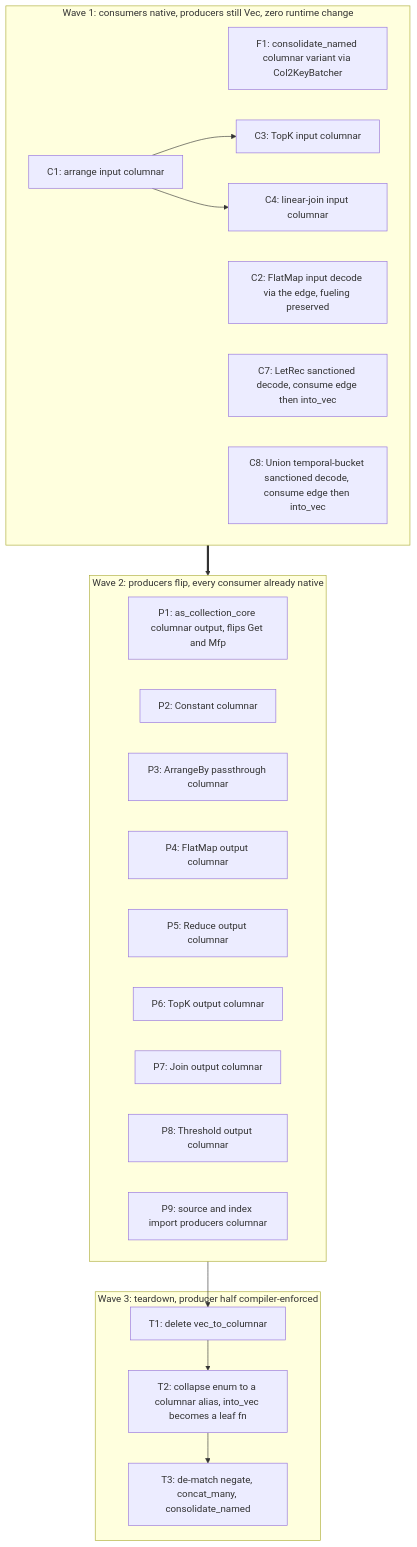
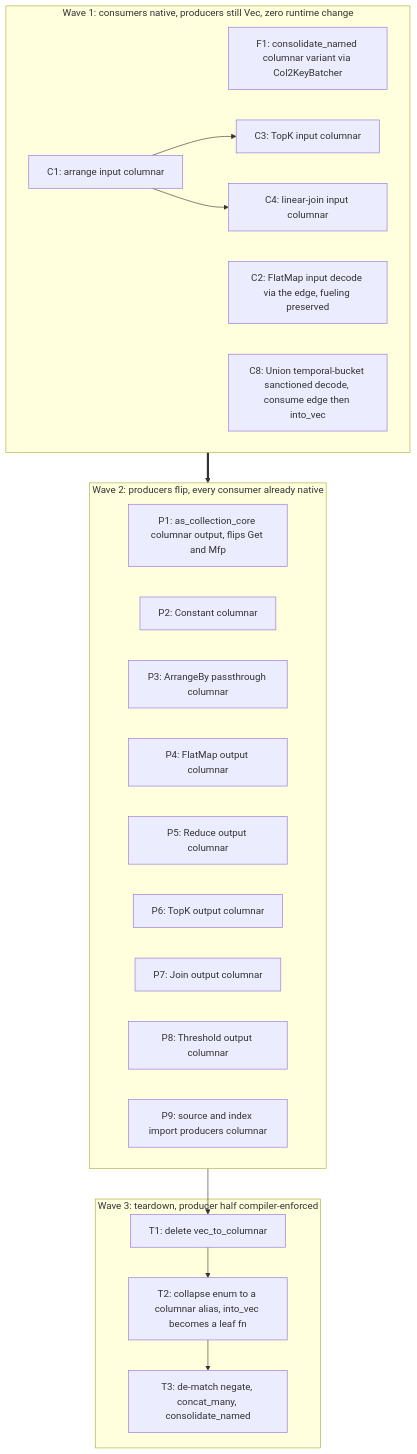
One commit to MaterializeInc/materialize changed the diagram in doc/developer/design/20260720_columnar_dataflow_edges.md. Above: the diagram before and after it, drawn with Mermaid. The commit also changed other lines of this file, not shown here.

First line of the commit message:
doc: drop C7, LetRec already leaf-decodes the edge

````diff
--- a/doc/developer/design/20260720_columnar_dataflow_edges.md
+++ b/doc/developer/design/20260720_columnar_dataflow_edges.md
@@ -143,34 +143,33 @@
 ```mermaid
 graph TD
   subgraph Wave1["Wave 1: consumers native, producers still Vec, zero runtime change"]
     F1["F1: consolidate_named columnar variant via Col2KeyBatcher"]
     C1["C1: arrange input columnar"]
     C2["C2: FlatMap input decode via the edge, fueling preserved"]
     C3["C3: TopK input columnar"]
     C4["C4: linear-join input columnar"]
-    C7["C7: LetRec sanctioned decode, consume edge then into_vec"]
     C8["C8: Union temporal-bucket sanctioned decode, consume edge then into_vec"]
   end
   subgraph Wave2["Wave 2: producers flip, every consumer already native"]
     P1["P1: as_collection_core columnar output, flips Get and Mfp"]
     P2["P2: Constant columnar"]
     P3["P3: ArrangeBy passthrough columnar"]
     P4["P4: FlatMap output columnar"]
     P5["P5: Reduce output columnar"]
     P6["P6: TopK output columnar"]
     P7["P7: Join output columnar"]
     P8["P8: Threshold output columnar"]
     P9["P9: source and index import producers columnar"]
   end
   subgraph Wave3["Wave 3: teardown, producer half compiler-enforced"]
     T1["T1: delete vec_to_columnar"]
     T2["T2: collapse enum to a columnar alias, into_vec becomes a leaf fn"]
     T3["T3: de-match negate, concat_many, consolidate_named"]
   end
   C1 --> C3
   C1 --> C4
   Wave1 ==> Wave2
   Wave2 --> T1
   T1 --> T2
   T2 --> T3
 ```
````
